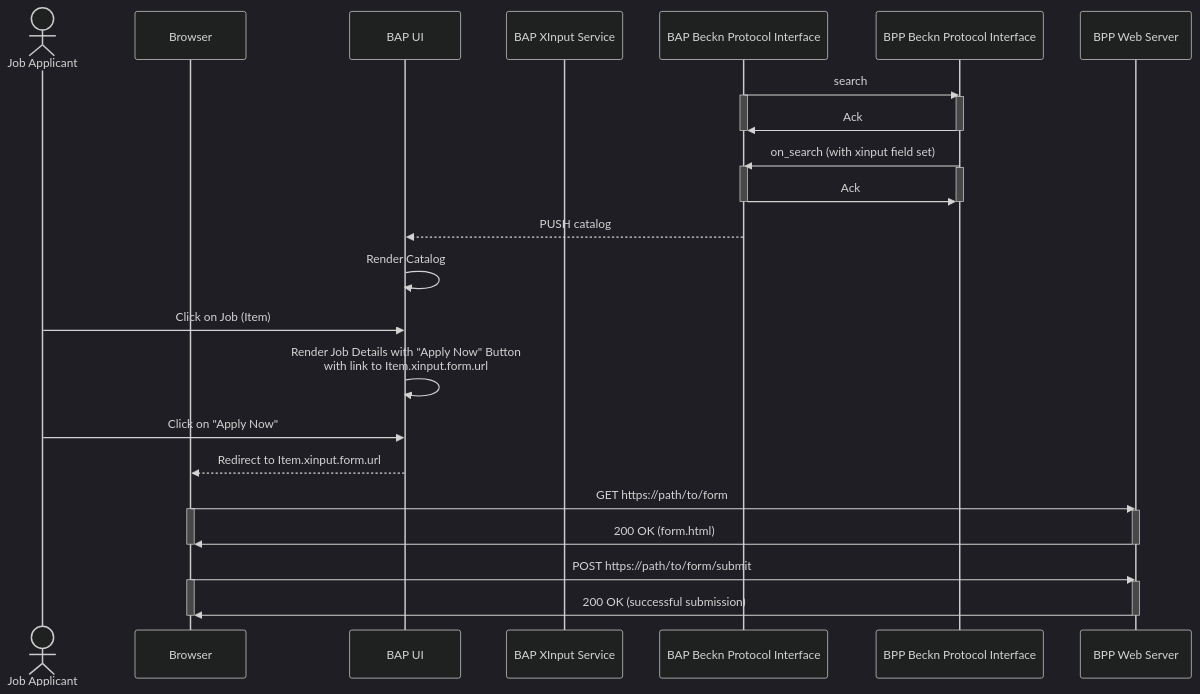
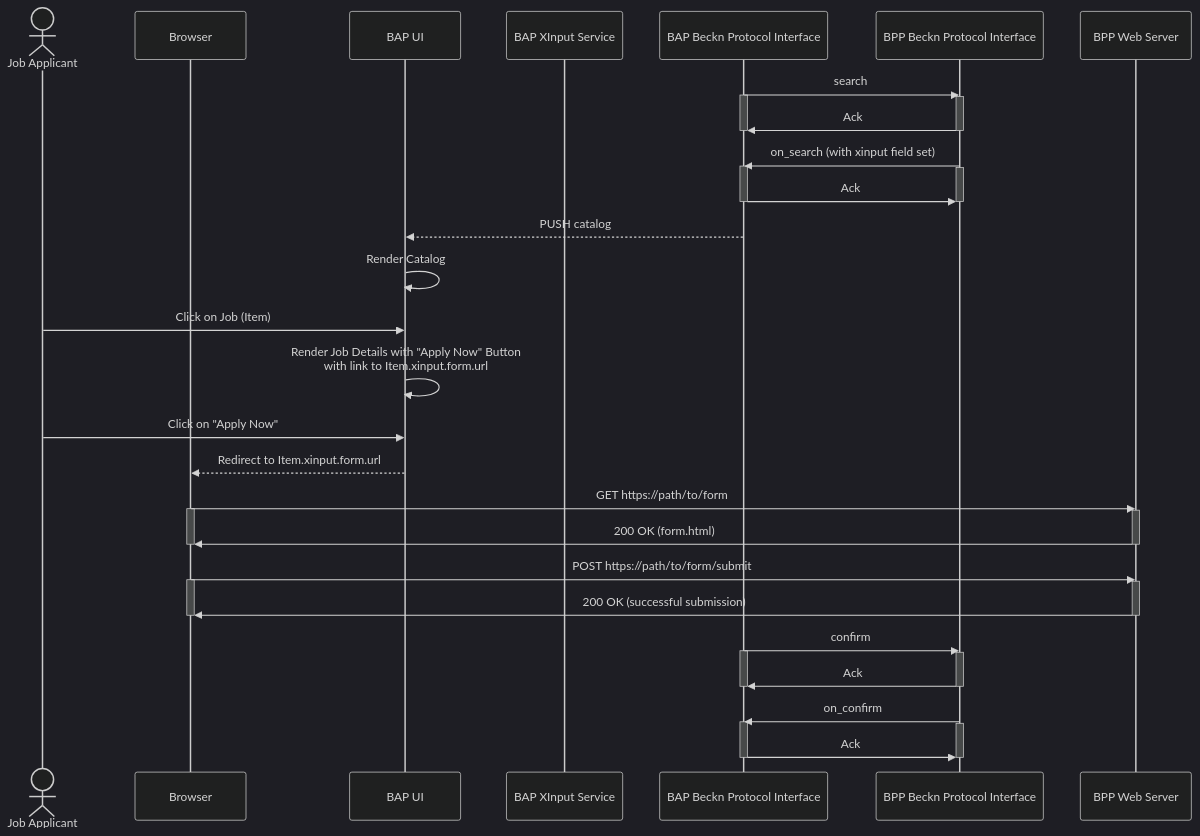
One commit to beckn/protocol-specifications changed the first of 2 diagrams in docs/BECKN-007-The-XInput-Schema.md. Above: the diagram before and after it, drawn with Mermaid (dark theme). The commit also changed other lines of this file, not shown here.

Commit message:
Update BECKN-007-The-XInput-Schema.md
Added review notes in Example Workflows

````diff
--- a/docs/BECKN-007-The-XInput-Schema.md
+++ b/docs/BECKN-007-The-XInput-Schema.md
@@ -328,39 +328,51 @@
 ```mermaid
     sequenceDiagram
     actor Job Applicant
     participant Browser
     participant BAP UI
     participant BAP XInput Service
     participant BAP Beckn Protocol Interface
     participant BPP Beckn Protocol Interface
     BAP Beckn Protocol Interface->>BPP Beckn Protocol Interface: search
     activate BAP Beckn Protocol Interface
     activate BPP Beckn Protocol Interface
     BPP Beckn Protocol Interface->>BAP Beckn Protocol Interface: Ack
     deactivate BPP Beckn Protocol Interface
     deactivate BAP Beckn Protocol Interface
     BPP Beckn Protocol Interface->>BAP Beckn Protocol Interface: on_search (with xinput field set)
     activate BAP Beckn Protocol Interface
     activate BPP Beckn Protocol Interface
     BAP Beckn Protocol Interface->>BPP Beckn Protocol Interface: Ack
     deactivate BPP Beckn Protocol Interface
     deactivate BAP Beckn Protocol Interface
     BAP Beckn Protocol Interface -->> BAP UI: PUSH catalog
     BAP UI ->> BAP UI: Render Catalog
     Job Applicant ->> BAP UI: Click on Job (Item)
     BAP UI ->> BAP UI: Render Job Details with "Apply Now" Button <br/> with link to Item.xinput.form.url
     Job Applicant ->> BAP UI: Click on "Apply Now"
     BAP UI -->> Browser: Redirect to Item.xinput.form.url
     Browser ->> BPP Web Server: GET https://path/to/form
     activate Browser
     activate BPP Web Server
     BPP Web Server ->> Browser: 200 OK (form.html)
     deactivate Browser
     deactivate BPP Web Server
     Browser ->> BPP Web Server: POST https://path/to/form/submit
     activate Browser
     activate BPP Web Server
     BPP Web Server ->> Browser: 200 OK (successful submission)
     deactivate Browser
     deactivate BPP Web Server
+    BAP Beckn Protocol Interface->>BPP Beckn Protocol Interface: confirm
+    activate BAP Beckn Protocol Interface
+    activate BPP Beckn Protocol Interface
+    BPP Beckn Protocol Interface->>BAP Beckn Protocol Interface: Ack
+    deactivate BPP Beckn Protocol Interface
+    deactivate BAP Beckn Protocol Interface
+    BPP Beckn Protocol Interface->>BAP Beckn Protocol Interface: on_confirm 
+    activate BAP Beckn Protocol Interface
+    activate BPP Beckn Protocol Interface
+    BAP Beckn Protocol Interface->>BPP Beckn Protocol Interface: Ack
+    deactivate BPP Beckn Protocol Interface
+    deactivate BAP Beckn Protocol Interface
 ```
````
